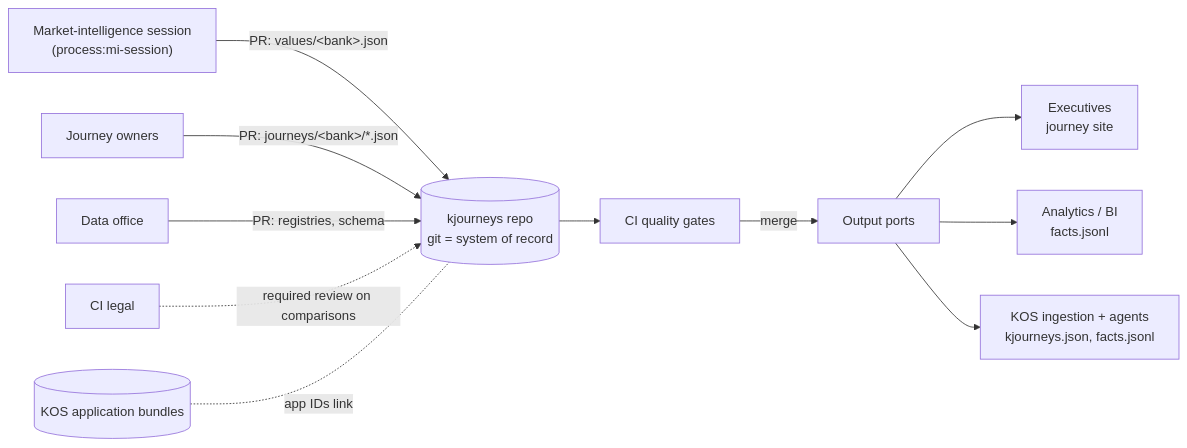
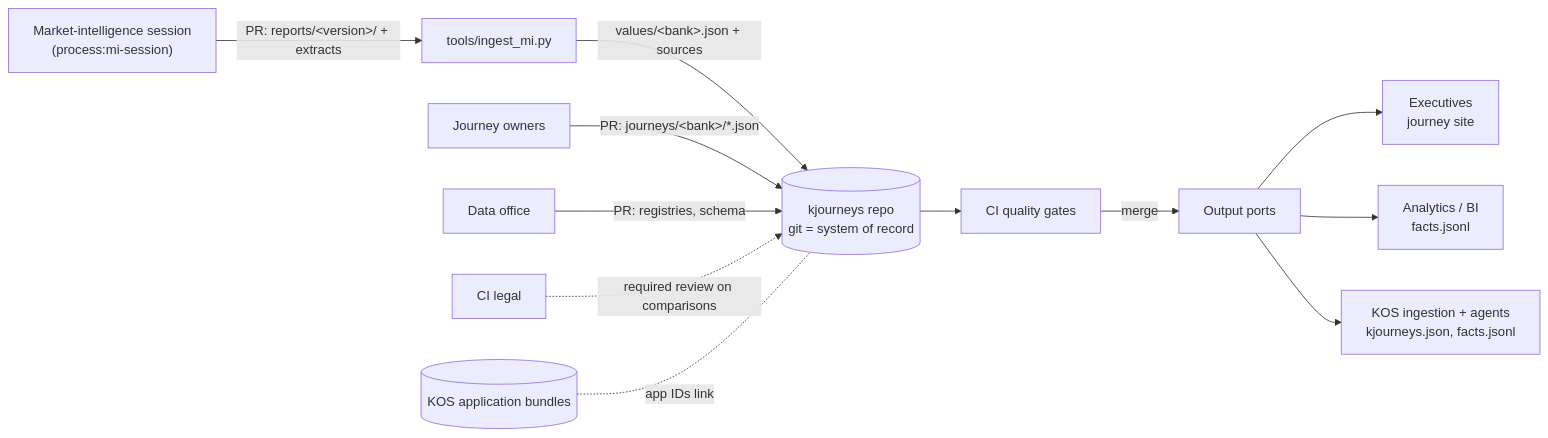
Before and after one commit to muthub-ai/kjourneys: the first of 3 diagrams in docs/architecture.md, drawn with Mermaid. The commit also changed other lines of this file and 20 other files, not shown here.

First line of the commit message:
Add versioned MI reports with ingest; Wells Fargo as focus bank (0.5.0)

````diff
--- a/docs/architecture.md
+++ b/docs/architecture.md
@@ -9,13 +9,14 @@
 ```mermaid
 flowchart LR
-  MI["Market-intelligence session<br/>(process:mi-session)"] -->|PR: values/&lt;bank&gt;.json| REPO
+  MI["Market-intelligence session<br/>(process:mi-session)"] -->|"PR: reports/&lt;version&gt;/ + extracts"| ING["tools/ingest_mi.py"]
+  ING -->|values/&lt;bank&gt;.json + sources| REPO
   JO["Journey owners"] -->|PR: journeys/&lt;bank&gt;/*.json| REPO
   DO["Data office"] -->|PR: registries, schema| REPO
   LG["CI legal"] -.->|required review on comparisons| REPO
   REPO[("kjourneys repo<br/>git = system of record")] --> CI["CI quality gates"]
   CI -->|merge| PORTS["Output ports"]
   PORTS --> EX["Executives<br/>journey site"]
   PORTS --> AN["Analytics / BI<br/>facts.jsonl"]
   PORTS --> KOS["KOS ingestion + agents<br/>kjourneys.json, facts.jsonl"]
   KB[("KOS application bundles")] -. app IDs link .- REPO
 ```
````
